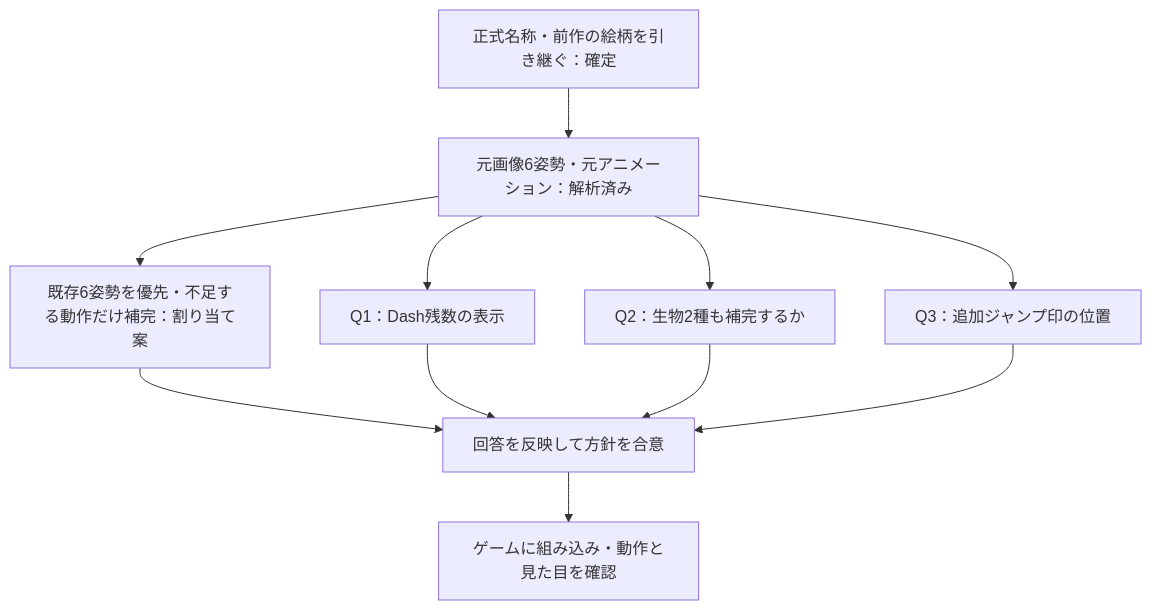
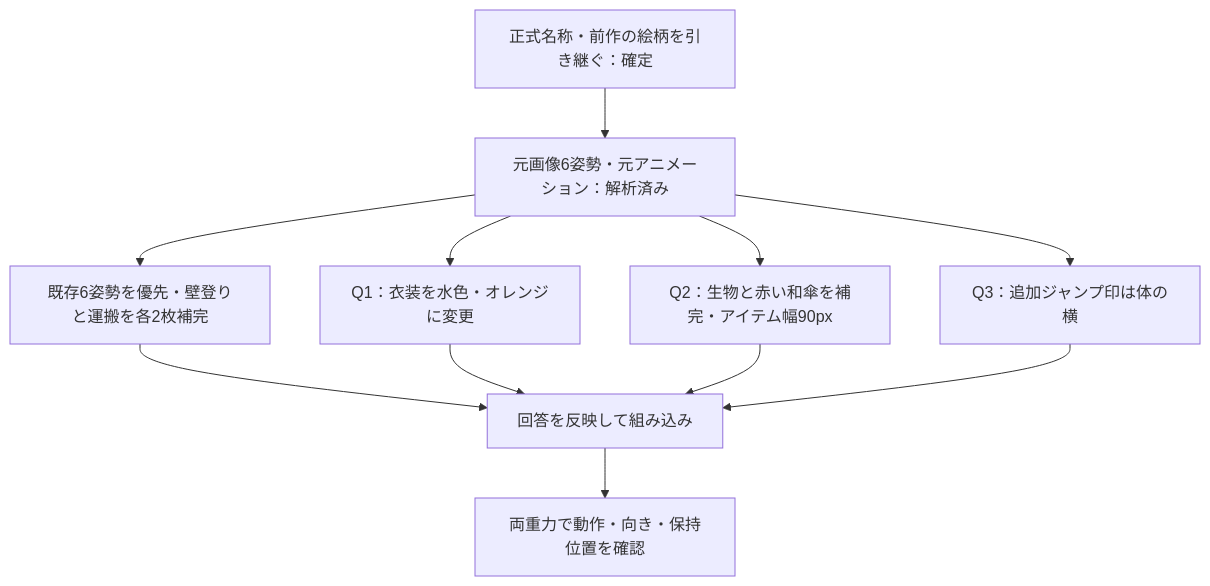
The diagram in docs/character-sprites.md (Foxy-null/2d-space), drawn with Mermaid before and after one commit. The commit also changed other lines of this file and 68 other files, not shown here.

````diff
--- a/docs/character-sprites.md
+++ b/docs/character-sprites.md
@@ -68,13 +72,13 @@
 ```mermaid
 flowchart TD
     A[正式名称・前作の絵柄を引き継ぐ：確定] --> B[元画像6姿勢・元アニメーション：解析済み]
-    B --> C[既存6姿勢を優先・不足する動作だけ補完：割り当て案]
-    B --> Q1[Q1：Dash残数の表示]
-    B --> Q2[Q2：生物2種も補完するか]
-    B --> Q3[Q3：追加ジャンプ印の位置]
-    C --> D[回答を反映して方針を合意]
+    B --> C[既存6姿勢を優先・壁登りと運搬を各2枚補完]
+    B --> Q1[Q1：衣装を水色・オレンジに変更]
+    B --> Q2[Q2：生物と赤い和傘を補完・アイテム幅90px]
+    B --> Q3[Q3：追加ジャンプ印は体の横]
+    C --> D[回答を反映して組み込み]
     Q1 --> D
     Q2 --> D
     Q3 --> D
-    D --> E[ゲームに組み込み・動作と見た目を確認]
+    D --> E[両重力で動作・向き・保持位置を確認]
 ```
````
